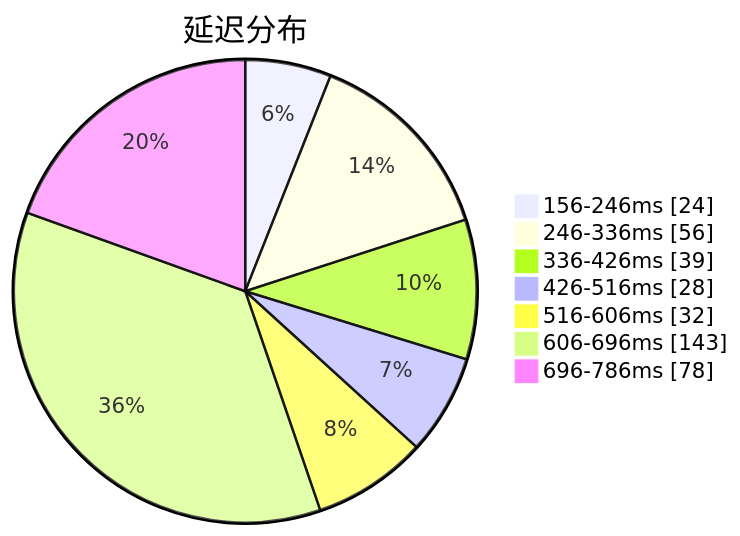
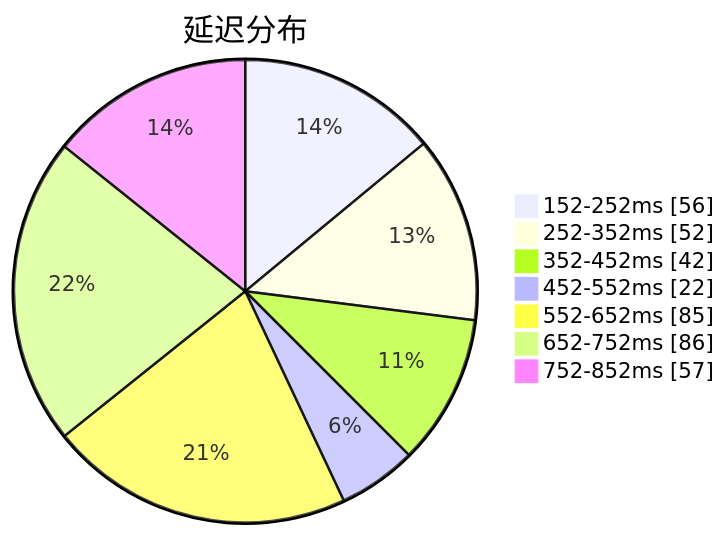
Before and after one commit to qjlxg/airport: the first of 3 diagrams in subs/statistics/tested_within.md, drawn with Mermaid. The commit also changed other lines of this file and 2 other files, not shown here.

````diff
--- a/subs/statistics/tested_within.md
+++ b/subs/statistics/tested_within.md
@@ -2,11 +2,11 @@
 ```mermaid
 pie showData
 title 延迟分布
-"156-246ms" : 24
-"246-336ms" : 56
-"336-426ms" : 39
-"426-516ms" : 28
-"516-606ms" : 32
-"606-696ms" : 143
-"696-786ms" : 78
+"152-252ms" : 56
+"252-352ms" : 52
+"352-452ms" : 42
+"452-552ms" : 22
+"552-652ms" : 85
+"652-752ms" : 86
+"752-852ms" : 57
 ```
````
